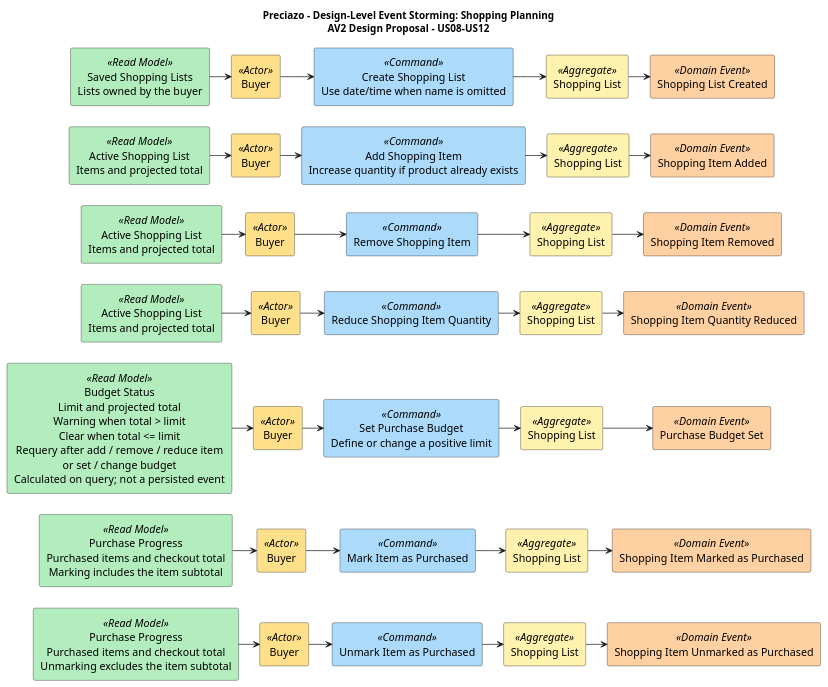
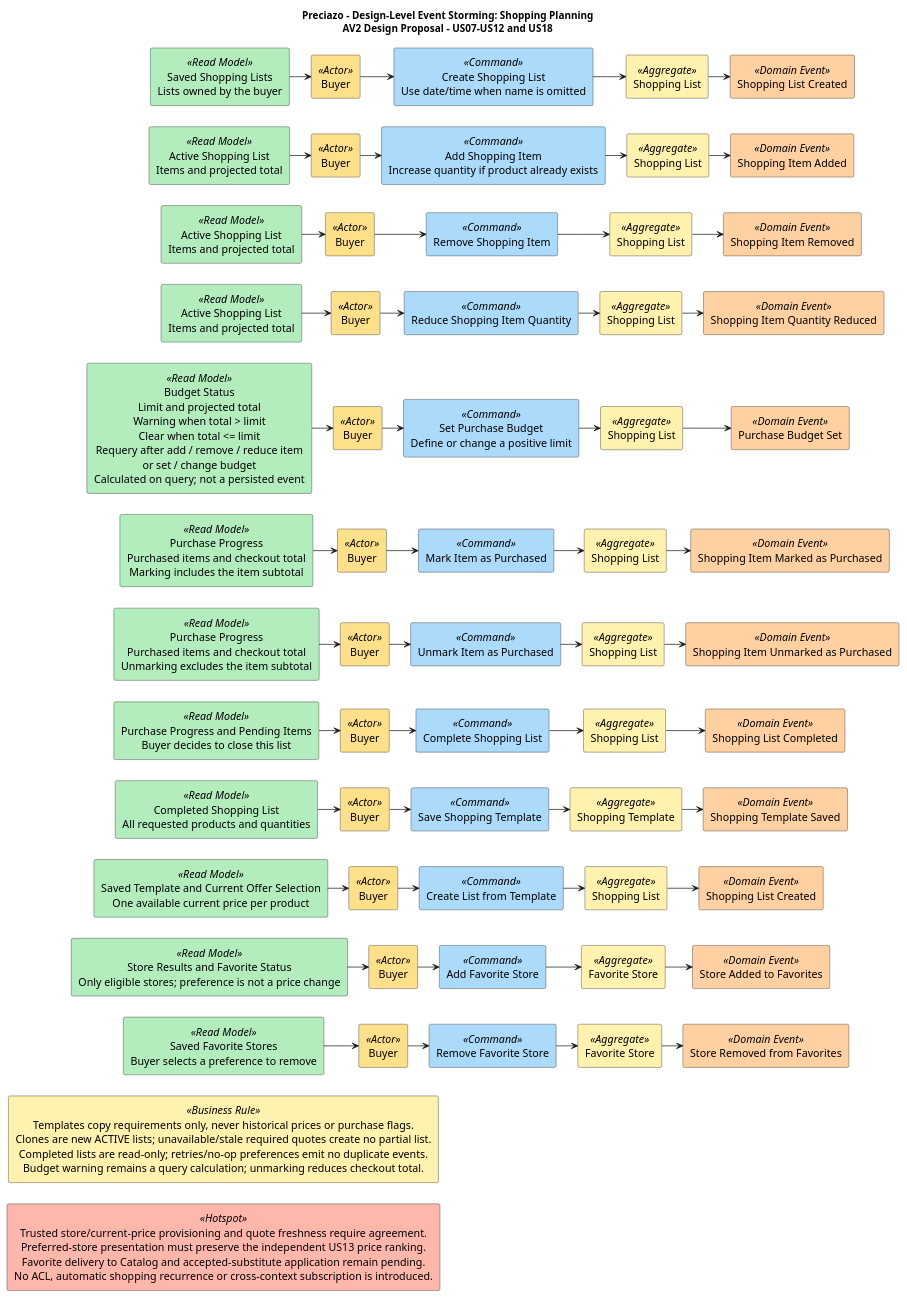
Before and after one commit to Open-Source-1ASI0729-2620-7750/preciazo-report: the diagram in docs/architecture/event-storming/shopping-planning.puml, drawn with PlantUML. The commit also changed 13 other files, not shown here.

Commit message:
docs(shopping): design favorites and recurring templates

```diff
--- a/docs/architecture/event-storming/shopping-planning.puml
+++ b/docs/architecture/event-storming/shopping-planning.puml
@@ -1,117 +1,198 @@
 @startuml Preciazo_Event_Storming_shopping_planning
 top to bottom direction
 
 title
 Preciazo - Design-Level Event Storming: Shopping Planning
-AV2 Design Proposal - US08-US12
+AV2 Design Proposal - US07-US12 and US18
 end title
 skinparam shadowing false
 skinparam defaultFontSize 15
 skinparam defaultTextAlignment center
 skinparam nodesep 30
 skinparam ranksep 30
 skinparam rectanglePadding 12
 
 rectangle "Saved Shopping Lists\nLists owned by the buyer" as read0 <<Read Model>> #B3EDBE
 rectangle "Buyer" as buyer0 <<Actor>> #FFE08A
 rectangle "Create Shopping List\nUse date/time when name is omitted" as command0 <<Command>> #ACDAFA
 rectangle "Shopping List" as aggregate0 <<Aggregate>> #FFF1AE
 rectangle "Shopping List Created" as event0 <<Domain Event>> #FFD0A1
 read0 -right-> buyer0
 buyer0 -right-> command0
 command0 -right-> aggregate0
 aggregate0 -right-> event0
 
 rectangle "Active Shopping List\nItems and projected total" as read1 <<Read Model>> #B3EDBE
 rectangle "Buyer" as buyer1 <<Actor>> #FFE08A
 rectangle "Add Shopping Item\nIncrease quantity if product already exists" as command1 <<Command>> #ACDAFA
 rectangle "Shopping List" as aggregate1 <<Aggregate>> #FFF1AE
 rectangle "Shopping Item Added" as event1 <<Domain Event>> #FFD0A1
 read1 -right-> buyer1
 buyer1 -right-> command1
 command1 -right-> aggregate1
 aggregate1 -right-> event1
 
 rectangle "Active Shopping List\nItems and projected total" as read2 <<Read Model>> #B3EDBE
 rectangle "Buyer" as buyer2 <<Actor>> #FFE08A
 rectangle "Remove Shopping Item" as command2 <<Command>> #ACDAFA
 rectangle "Shopping List" as aggregate2 <<Aggregate>> #FFF1AE
 rectangle "Shopping Item Removed" as event2 <<Domain Event>> #FFD0A1
 read2 -right-> buyer2
 buyer2 -right-> command2
 command2 -right-> aggregate2
 aggregate2 -right-> event2
 
 rectangle "Active Shopping List\nItems and projected total" as read3 <<Read Model>> #B3EDBE
 rectangle "Buyer" as buyer3 <<Actor>> #FFE08A
 rectangle "Reduce Shopping Item Quantity" as command3 <<Command>> #ACDAFA
 rectangle "Shopping List" as aggregate3 <<Aggregate>> #FFF1AE
 rectangle "Shopping Item Quantity Reduced" as event3 <<Domain Event>> #FFD0A1
 read3 -right-> buyer3
 buyer3 -right-> command3
 command3 -right-> aggregate3
 aggregate3 -right-> event3
 
 rectangle "Budget Status\nLimit and projected total\nWarning when total > limit\nClear when total <= limit\nRequery after add / remove / reduce item\nor set / change budget\nCalculated on query; not a persisted event" as read4 <<Read Model>> #B3EDBE
 rectangle "Buyer" as buyer4 <<Actor>> #FFE08A
 rectangle "Set Purchase Budget\nDefine or change a positive limit" as command4 <<Command>> #ACDAFA
 rectangle "Shopping List" as aggregate4 <<Aggregate>> #FFF1AE
 rectangle "Purchase Budget Set" as event4 <<Domain Event>> #FFD0A1
 read4 -right-> buyer4
 buyer4 -right-> command4
 command4 -right-> aggregate4
 aggregate4 -right-> event4
 
 rectangle "Purchase Progress\nPurchased items and checkout total\nMarking includes the item subtotal" as read5 <<Read Model>> #B3EDBE
 rectangle "Buyer" as buyer5 <<Actor>> #FFE08A
 rectangle "Mark Item as Purchased" as command5 <<Command>> #ACDAFA
 rectangle "Shopping List" as aggregate5 <<Aggregate>> #FFF1AE
 rectangle "Shopping Item Marked as Purchased" as event5 <<Domain Event>> #FFD0A1
 read5 -right-> buyer5
 buyer5 -right-> command5
 command5 -right-> aggregate5
 aggregate5 -right-> event5
 
 rectangle "Purchase Progress\nPurchased items and checkout total\nUnmarking excludes the item subtotal" as read6 <<Read Model>> #B3EDBE
 rectangle "Buyer" as buyer6 <<Actor>> #FFE08A
 rectangle "Unmark Item as Purchased" as command6 <<Command>> #ACDAFA
 rectangle "Shopping List" as aggregate6 <<Aggregate>> #FFF1AE
 rectangle "Shopping Item Unmarked as Purchased" as event6 <<Domain Event>> #FFD0A1
 read6 -right-> buyer6
 buyer6 -right-> command6
 command6 -right-> aggregate6
 aggregate6 -right-> event6
 
 ' Keep corresponding columns aligned and rows ordered from top to bottom.
 read0 -[hidden]down-> read1
 buyer0 -[hidden]down-> buyer1
 command0 -[hidden]down-> command1
 aggregate0 -[hidden]down-> aggregate1
 event0 -[hidden]down-> event1
 read1 -[hidden]down-> read2
 buyer1 -[hidden]down-> buyer2
 command1 -[hidden]down-> command2
 aggregate1 -[hidden]down-> aggregate2
 event1 -[hidden]down-> event2
 read2 -[hidden]down-> read3
 buyer2 -[hidden]down-> buyer3
 command2 -[hidden]down-> command3
 aggregate2 -[hidden]down-> aggregate3
 event2 -[hidden]down-> event3
 read3 -[hidden]down-> read4
 buyer3 -[hidden]down-> buyer4
 command3 -[hidden]down-> command4
 aggregate3 -[hidden]down-> aggregate4
 event3 -[hidden]down-> event4
 read4 -[hidden]down-> read5
 buyer4 -[hidden]down-> buyer5
 command4 -[hidden]down-> command5
 aggregate4 -[hidden]down-> aggregate5
 event4 -[hidden]down-> event5
 read5 -[hidden]down-> read6
 buyer5 -[hidden]down-> buyer6
 command5 -[hidden]down-> command6
 aggregate5 -[hidden]down-> aggregate6
 event5 -[hidden]down-> event6
 
+
+rectangle "Purchase Progress and Pending Items\nBuyer decides to close this list" as read7 <<Read Model>> #B3EDBE
+rectangle "Buyer" as buyer7 <<Actor>> #FFE08A
+rectangle "Complete Shopping List" as command7 <<Command>> #ACDAFA
+rectangle "Shopping List" as aggregate7 <<Aggregate>> #FFF1AE
+rectangle "Shopping List Completed" as event7 <<Domain Event>> #FFD0A1
+read7 -right-> buyer7
+buyer7 -right-> command7
+command7 -right-> aggregate7
+aggregate7 -right-> event7
+read6 -[hidden]down-> read7
+buyer6 -[hidden]down-> buyer7
+command6 -[hidden]down-> command7
+aggregate6 -[hidden]down-> aggregate7
+event6 -[hidden]down-> event7
+
+rectangle "Completed Shopping List\nAll requested products and quantities" as read8 <<Read Model>> #B3EDBE
+rectangle "Buyer" as buyer8 <<Actor>> #FFE08A
+rectangle "Save Shopping Template" as command8 <<Command>> #ACDAFA
+rectangle "Shopping Template" as aggregate8 <<Aggregate>> #FFF1AE
+rectangle "Shopping Template Saved" as event8 <<Domain Event>> #FFD0A1
+read8 -right-> buyer8
+buyer8 -right-> command8
+command8 -right-> aggregate8
+aggregate8 -right-> event8
+read7 -[hidden]down-> read8
+buyer7 -[hidden]down-> buyer8
+command7 -[hidden]down-> command8
+aggregate7 -[hidden]down-> aggregate8
+event7 -[hidden]down-> event8
+
+rectangle "Saved Template and Current Offer Selection\nOne available current price per product" as read9 <<Read Model>> #B3EDBE
+rectangle "Buyer" as buyer9 <<Actor>> #FFE08A
+rectangle "Create List from Template" as command9 <<Command>> #ACDAFA
+rectangle "Shopping List" as aggregate9 <<Aggregate>> #FFF1AE
+rectangle "Shopping List Created" as event9 <<Domain Event>> #FFD0A1
+read9 -right-> buyer9
+buyer9 -right-> command9
+command9 -right-> aggregate9
+aggregate9 -right-> event9
+read8 -[hidden]down-> read9
+buyer8 -[hidden]down-> buyer9
+command8 -[hidden]down-> command9
+aggregate8 -[hidden]down-> aggregate9
+event8 -[hidden]down-> event9
+
+rectangle "Store Results and Favorite Status\nOnly eligible stores; preference is not a price change" as read10 <<Read Model>> #B3EDBE
+rectangle "Buyer" as buyer10 <<Actor>> #FFE08A
+rectangle "Add Favorite Store" as command10 <<Command>> #ACDAFA
+rectangle "Favorite Store" as aggregate10 <<Aggregate>> #FFF1AE
+rectangle "Store Added to Favorites" as event10 <<Domain Event>> #FFD0A1
+read10 -right-> buyer10
+buyer10 -right-> command10
+command10 -right-> aggregate10
+aggregate10 -right-> event10
+read9 -[hidden]down-> read10
+buyer9 -[hidden]down-> buyer10
+command9 -[hidden]down-> command10
+aggregate9 -[hidden]down-> aggregate10
+event9 -[hidden]down-> event10
+
+rectangle "Saved Favorite Stores\nBuyer selects a preference to remove" as read11 <<Read Model>> #B3EDBE
+rectangle "Buyer" as buyer11 <<Actor>> #FFE08A
+rectangle "Remove Favorite Store" as command11 <<Command>> #ACDAFA
+rectangle "Favorite Store" as aggregate11 <<Aggregate>> #FFF1AE
+rectangle "Store Removed from Favorites" as event11 <<Domain Event>> #FFD0A1
+read11 -right-> buyer11
+buyer11 -right-> command11
+command11 -right-> aggregate11
+aggregate11 -right-> event11
+read10 -[hidden]down-> read11
+buyer10 -[hidden]down-> buyer11
+command10 -[hidden]down-> command11
+aggregate10 -[hidden]down-> aggregate11
+event10 -[hidden]down-> event11
+
+rectangle "Templates copy requirements only, never historical prices or purchase flags.\nClones are new ACTIVE lists; unavailable/stale required quotes create no partial list.\nCompleted lists are read-only; retries/no-op preferences emit no duplicate events.\nBudget warning remains a query calculation; unmarking reduces checkout total." as recurrenceRules <<Business Rule>> #FFF1AE
+rectangle "Trusted store/current-price provisioning and quote freshness require agreement.\nPreferred-store presentation must preserve the independent US13 price ranking.\nFavorite delivery to Catalog and accepted-substitute application remain pending.\nNo ACL, automatic shopping recurrence or cross-context subscription is introduced." as recurrenceHotspot <<Hotspot>> #FFB7AB
+read11 -[hidden]down-> recurrenceRules
+recurrenceRules -[hidden]down-> recurrenceHotspot
+
 @enduml
```
